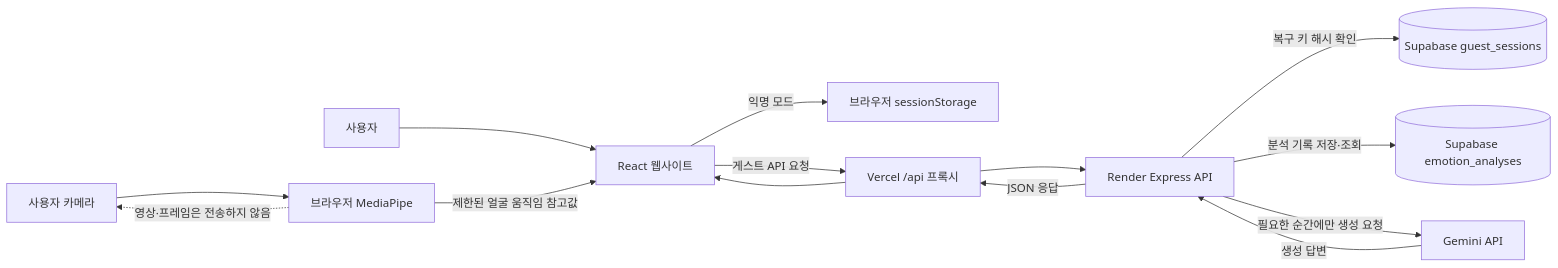
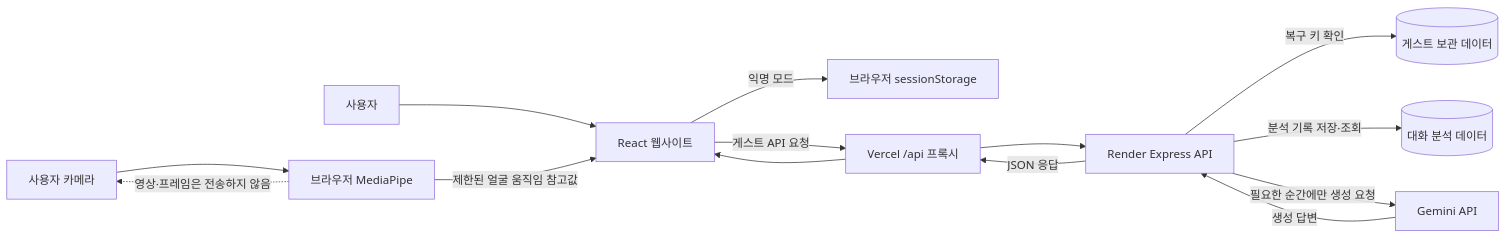
Before and after one commit to Mureung1/hub-showcase: the first of 2 diagrams in README.md, drawn with Mermaid. The commit also changed other lines of this file, not shown here.

````diff
--- a/README.md
+++ b/README.md
@@ -40,19 +38,19 @@
 ```mermaid
 flowchart LR
     U[사용자] --> W[React 웹사이트]
 
     W -->|익명 모드| S[브라우저 sessionStorage]
     W -->|게스트 API 요청| V[Vercel /api 프록시]
     V --> R[Render Express API]
 
-    R -->|복구 키 해시 확인| G[(Supabase guest_sessions)]
-    R -->|분석 기록 저장·조회| E[(Supabase emotion_analyses)]
+    R -->|복구 키 확인| G[(게스트 보관 데이터)]
+    R -->|분석 기록 저장·조회| E[(대화 분석 데이터)]
     R -->|필요한 순간에만 생성 요청| A[Gemini API]
     A -->|생성 답변| R
     R -->|JSON 응답| V
     V --> W
 
     C[사용자 카메라] --> M[브라우저 MediaPipe]
     M -->|제한된 얼굴 움직임 참고값| W
     M -. 영상·프레임은 전송하지 않음 .-> C
 ```
````
